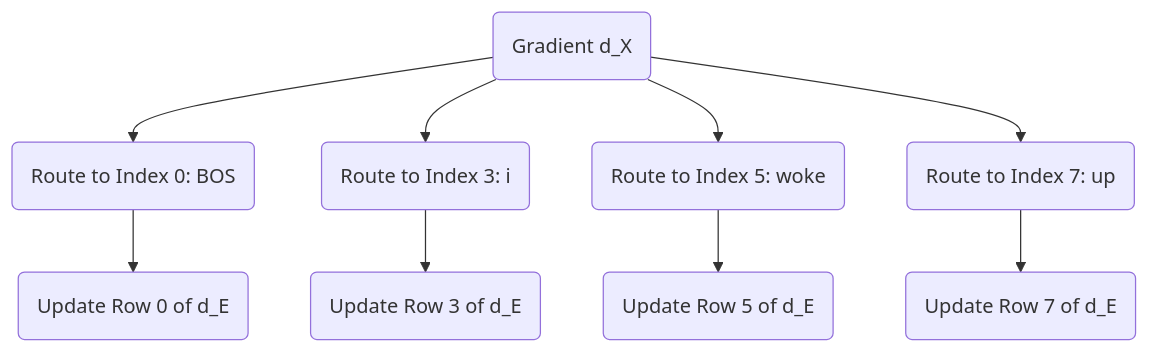
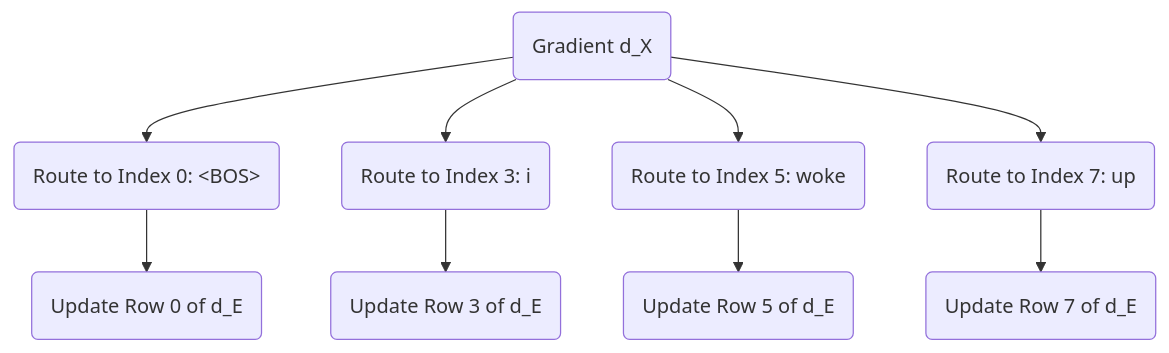
Before and after one commit to Lyd1aCla1r3/lyd1acla1r3.github.io: the diagram in blog/content/series/transformers/chapter_24.md, drawn with Mermaid. The commit also changed other lines of this file and 243 other files, not shown here.

````diff
--- a/blog/content/series/transformers/chapter_24.md
+++ b/blog/content/series/transformers/chapter_24.md
@@ -34,11 +40,11 @@
 ```mermaid
 flowchart TD
-    A(Gradient d_X) --> B(Route to Index 0: BOS)
+    A(Gradient d_X) --> B(Route to Index 0: &lt;BOS&gt;)
     A --> C(Route to Index 3: i)
     A --> D(Route to Index 5: woke)
     A --> E(Route to Index 7: up)
     B --> F(Update Row 0 of d_E)
     C --> G(Update Row 3 of d_E)
     D --> H(Update Row 5 of d_E)
     E --> I(Update Row 7 of d_E)
 ```
````
